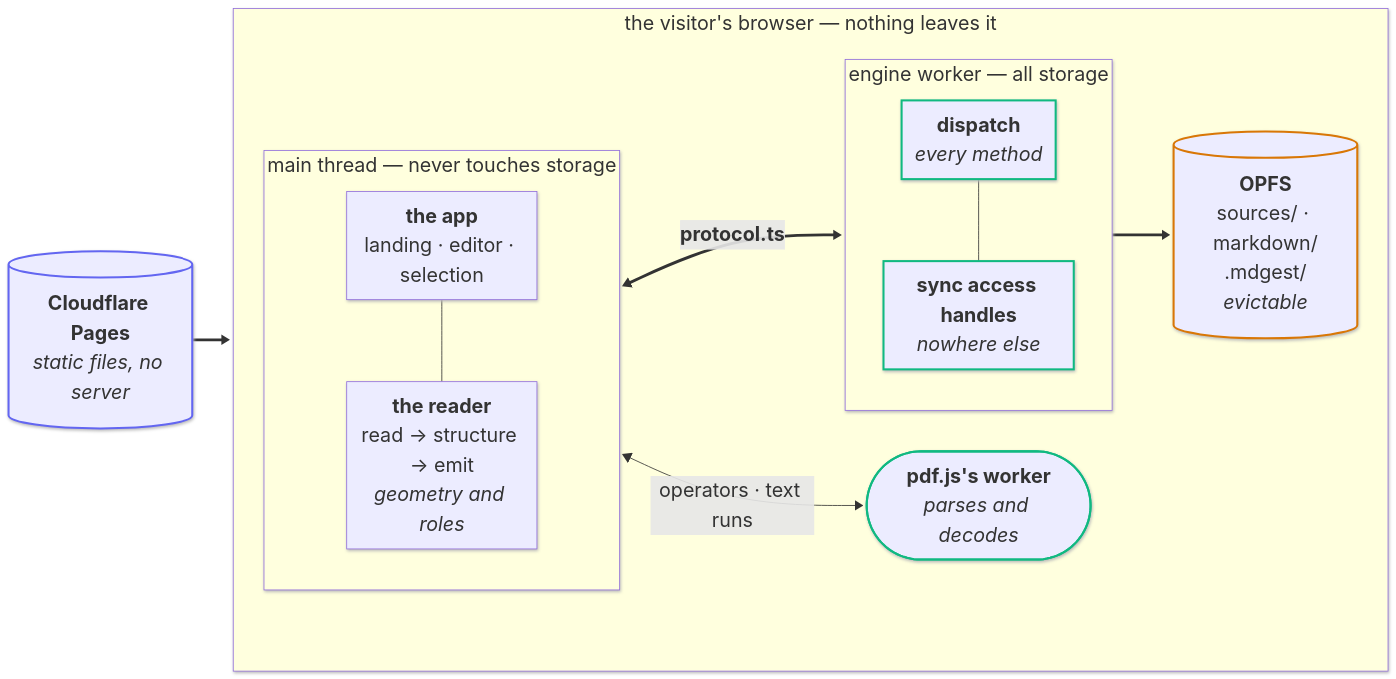
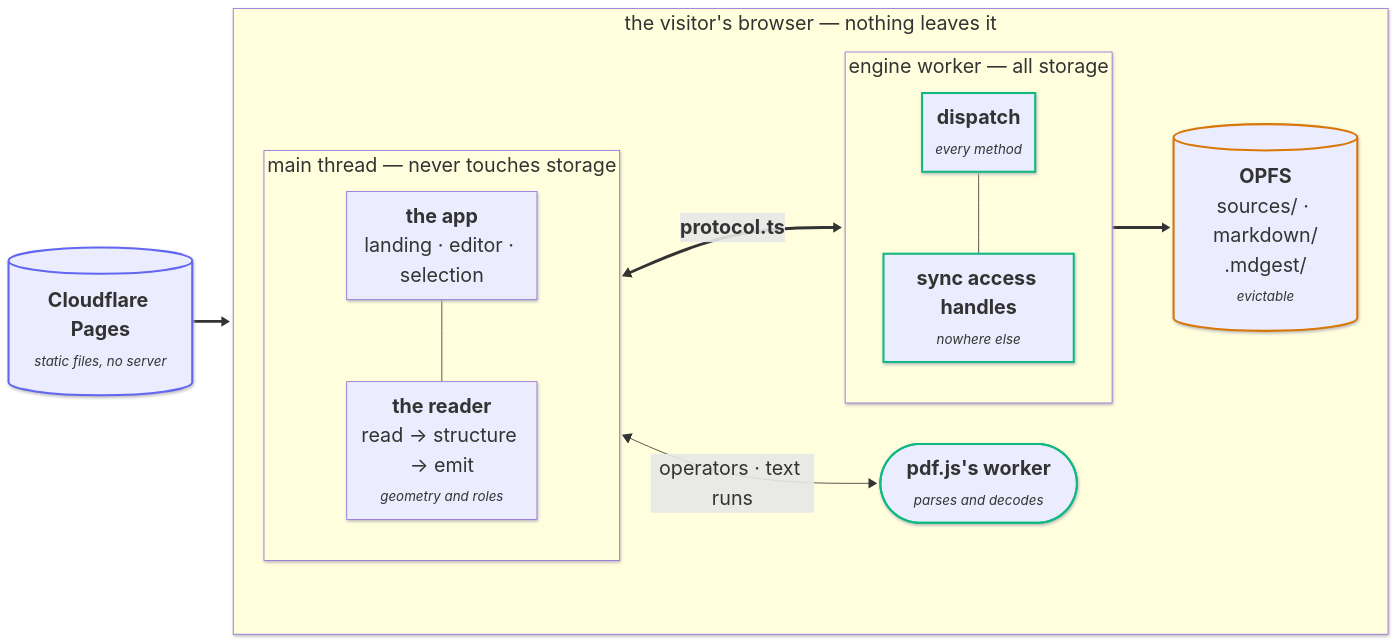
Before and after one commit to roest1/mdgest: the diagram in docs/deployment.md, drawn with Mermaid.

Commit message:
shrink deployment diagram italic font size

````diff
--- a/docs/deployment.md
+++ b/docs/deployment.md
@@ -7,46 +7,46 @@
 ```mermaid
 ---
 config:
   look: neo
   themeVariables:
     fontSize: 24px
 ---
 flowchart LR
-    CF[("<b>Cloudflare Pages</b><br/><i>static files, no server</i>")]
+    CF[("<b>Cloudflare Pages</b><br/><span style="font-size:0.68em"><i>static files, no server</i></span>")]
 
     subgraph TAB ["the visitor's browser &mdash; nothing leaves it"]
         direction LR
 
         subgraph MAIN ["main thread &mdash; never touches storage"]
             direction TB
             UI["<b>the app</b><br/>landing &middot; editor &middot; selection"]
-            RD["<b>the reader</b><br/>read &rarr; structure &rarr; emit<br/><i>geometry and roles</i>"]
+            RD["<b>the reader</b><br/>read &rarr; structure &rarr; emit<br/><span style="font-size:0.68em"><i>geometry and roles</i></span>"]
             UI --- RD
         end
 
-        PW(["<b>pdf.js's worker</b><br/><i>parses and decodes</i>"])
+        PW(["<b>pdf.js's worker</b><br/><span style="font-size:0.68em"><i>parses and decodes</i></span>"])
 
         subgraph EW ["engine worker &mdash; all storage"]
             direction TB
-            DISP["<b>dispatch</b><br/><i>every method</i>"]
-            SYNC["<b>sync access handles</b><br/><i>nowhere else</i>"]
+            DISP["<b>dispatch</b><br/><span style="font-size:0.68em"><i>every method</i></span>"]
+            SYNC["<b>sync access handles</b><br/><span style="font-size:0.68em"><i>nowhere else</i></span>"]
             DISP --- SYNC
         end
 
-        DB[("<b>OPFS</b><br/>sources/ &middot; markdown/<br/>.mdgest/<br/><i>evictable</i>")]
+        DB[("<b>OPFS</b><br/>sources/ &middot; markdown/<br/>.mdgest/<br/><span style="font-size:0.68em"><i>evictable</i></span>")]
 
         RD <-->|"operators &middot; text runs"| PW
         UI <==>|"<b>protocol.ts</b>"| DISP
         SYNC ==> DB
     end
 
     CF ==> UI
 
     classDef worker stroke:#10b981,stroke-width:2.5px
     classDef store stroke:#d97706,stroke-width:2.5px
     classDef outside stroke:#6366f1,stroke-width:2.5px
 
     class PW,DISP,SYNC worker
     class DB store
     class CF outside
 ```
````
